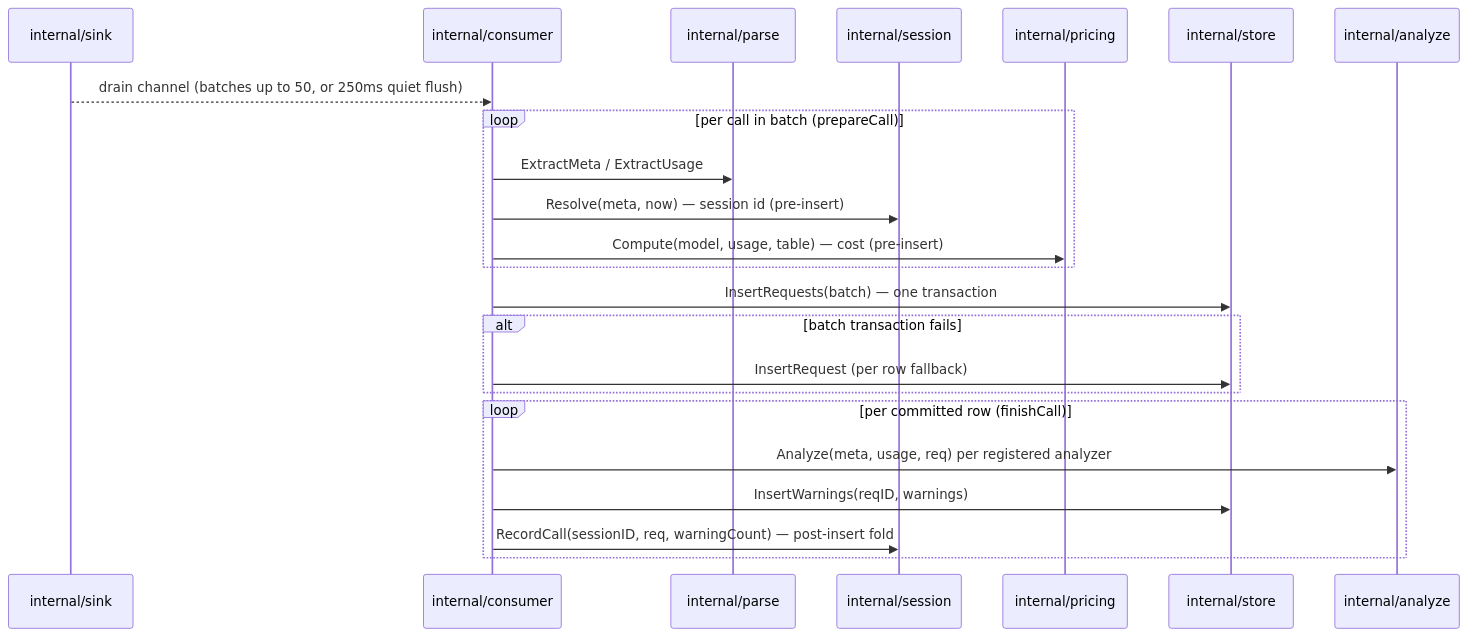
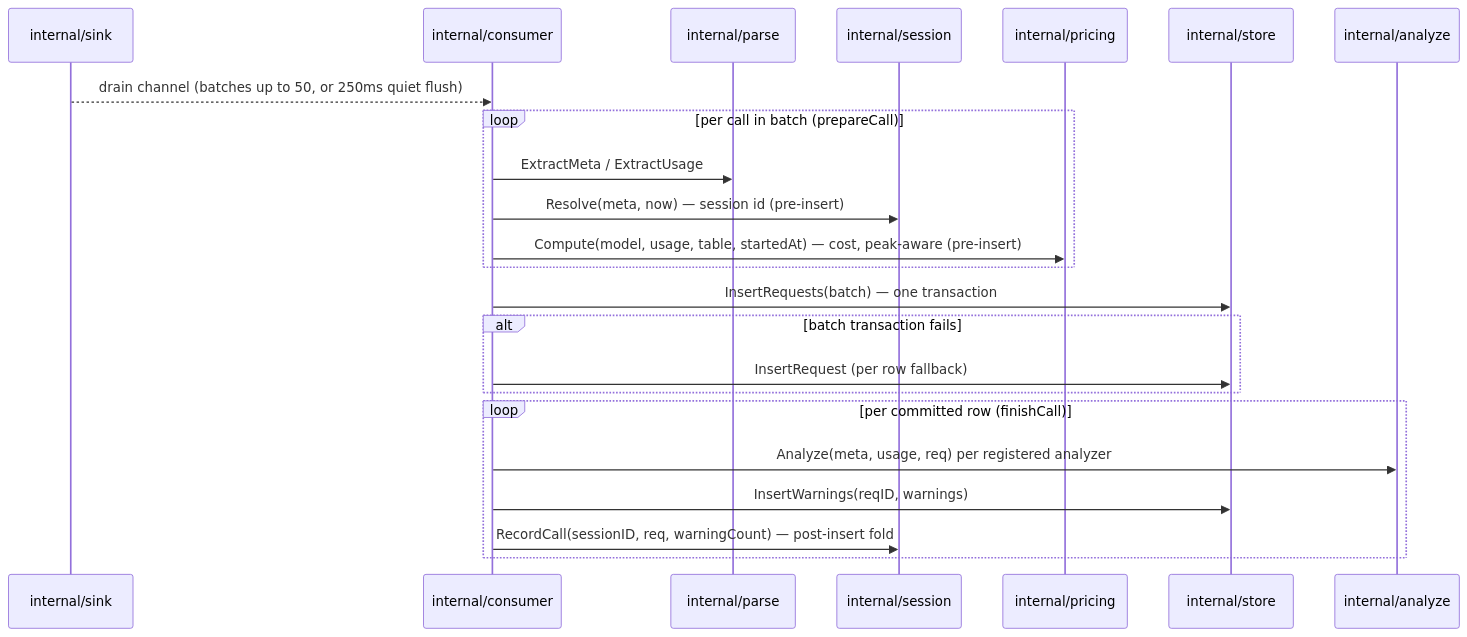
Before and after one commit to abhisheksarkar30/deepseek-lens: the second of 3 diagrams in docs/context/workflows.md, drawn with Mermaid. The commit also changed 6 other files, not shown here.

````diff
--- a/docs/context/workflows.md
+++ b/docs/context/workflows.md
@@ -40,26 +40,26 @@
 ```mermaid
 sequenceDiagram
     participant Sk as internal/sink
     participant Co as internal/consumer
     participant Pa as internal/parse
     participant Se as internal/session
     participant Pr as internal/pricing
     participant St as internal/store
     participant An as internal/analyze
 
     Sk-->>Co: drain channel (batches up to 50, or 250ms quiet flush)
     loop per call in batch (prepareCall)
         Co->>Pa: ExtractMeta / ExtractUsage
         Co->>Se: Resolve(meta, now) — session id (pre-insert)
-        Co->>Pr: Compute(model, usage, table) — cost (pre-insert)
+        Co->>Pr: Compute(model, usage, table, startedAt) — cost, peak-aware (pre-insert)
     end
     Co->>St: InsertRequests(batch) — one transaction
     alt batch transaction fails
         Co->>St: InsertRequest (per row fallback)
     end
     loop per committed row (finishCall)
         Co->>An: Analyze(meta, usage, req) per registered analyzer
         Co->>St: InsertWarnings(reqID, warnings)
         Co->>Se: RecordCall(sessionID, req, warningCount) — post-insert fold
     end
 ```
````
